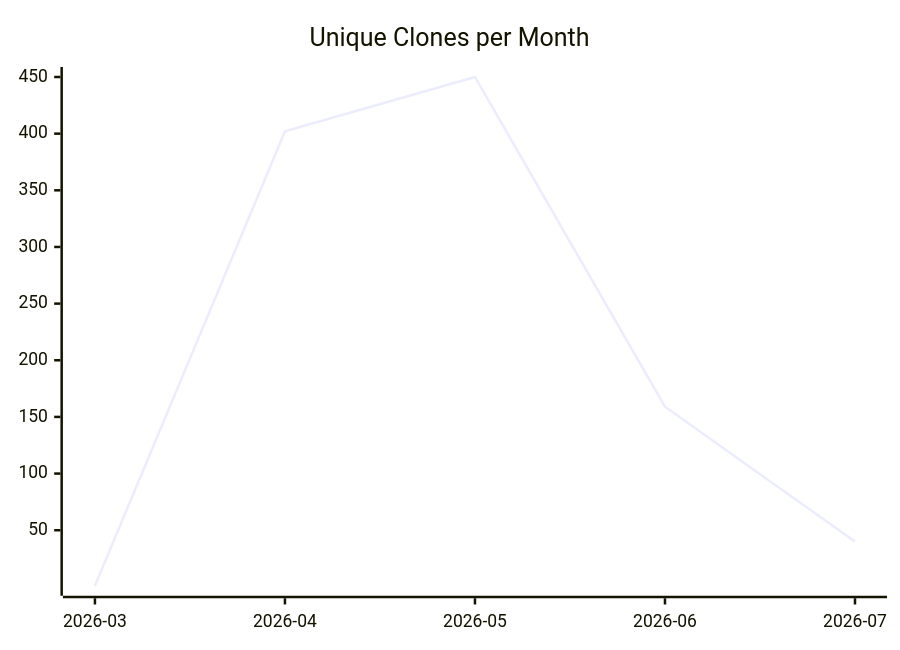
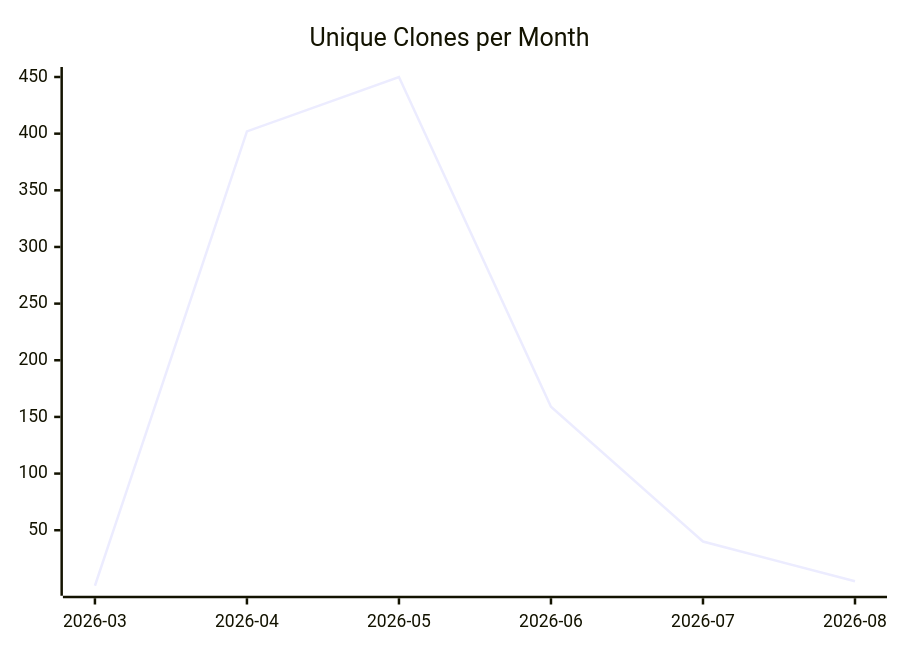
One commit to justdavis-family/github-analytics-data changed the third of 3 diagrams in justdavis-family/justdavis/README.md. Above: the diagram before and after it, drawn with Mermaid. The commit also changed other lines of this file and 180 other files, not shown here.

````diff
--- a/justdavis-family/justdavis/README.md
+++ b/justdavis-family/justdavis/README.md
@@ -19,6 +19,6 @@
 ```mermaid
 xychart-beta
   title "Unique Clones per Month"
-  x-axis ["2026-03", "2026-04", "2026-05", "2026-06", "2026-07"]
-  line [1, 402, 450, 159, 40]
+  x-axis ["2026-03", "2026-04", "2026-05", "2026-06", "2026-07", "2026-08"]
+  line [1, 402, 450, 159, 40, 5]
 ```
````
